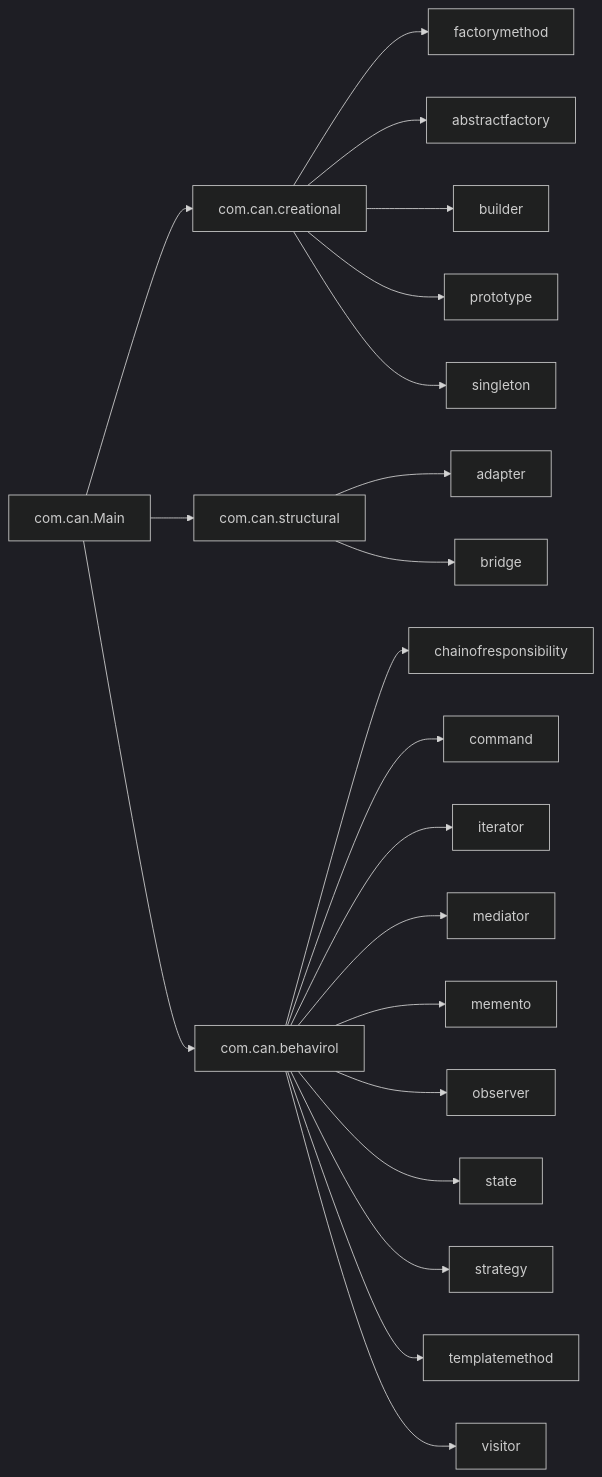
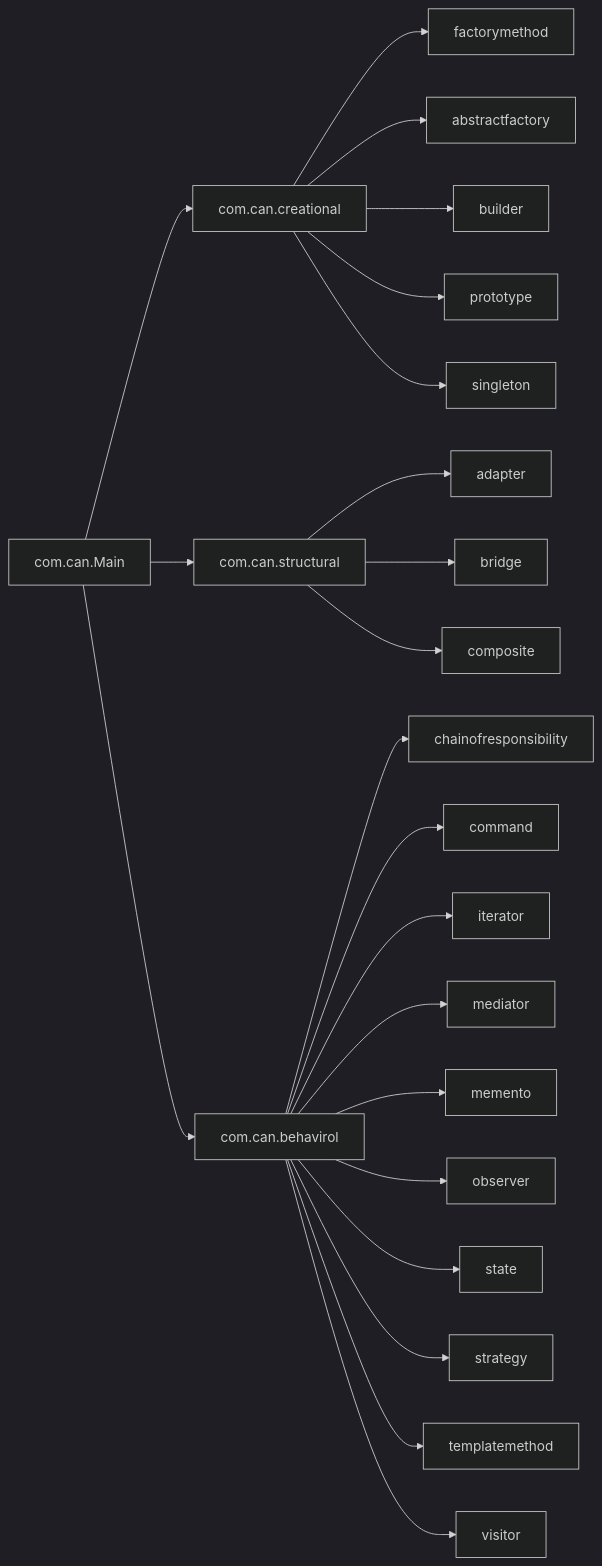
Before and after one commit to TunahanCan/design_pattern: the second of 20 diagrams in BOOK.md, drawn with Mermaid (dark theme). The commit also changed other lines of this file and 7 other files, not shown here.

````diff
--- a/BOOK.md
+++ b/BOOK.md
@@ -95,26 +98,27 @@
 ```mermaid
 flowchart LR
     MAIN[com.can.Main] --> C[com.can.creational]
     MAIN --> S[com.can.structural]
     MAIN --> B[com.can.behavirol]
 
     C --> CFM[factorymethod]
     C --> CAF[abstractfactory]
     C --> CBU[builder]
     C --> CPR[prototype]
     C --> CSI[singleton]
 
     S --> SAD[adapter]
     S --> SBR[bridge]
+    S --> SCO[composite]
 
     B --> BCO[chainofresponsibility]
     B --> BCM[command]
     B --> BIT[iterator]
     B --> BME[mediator]
     B --> BMM[memento]
     B --> BOB[observer]
     B --> BST[state]
     B --> BSG[strategy]
     B --> BTM[templatemethod]
     B --> BVI[visitor]
 ```
````
